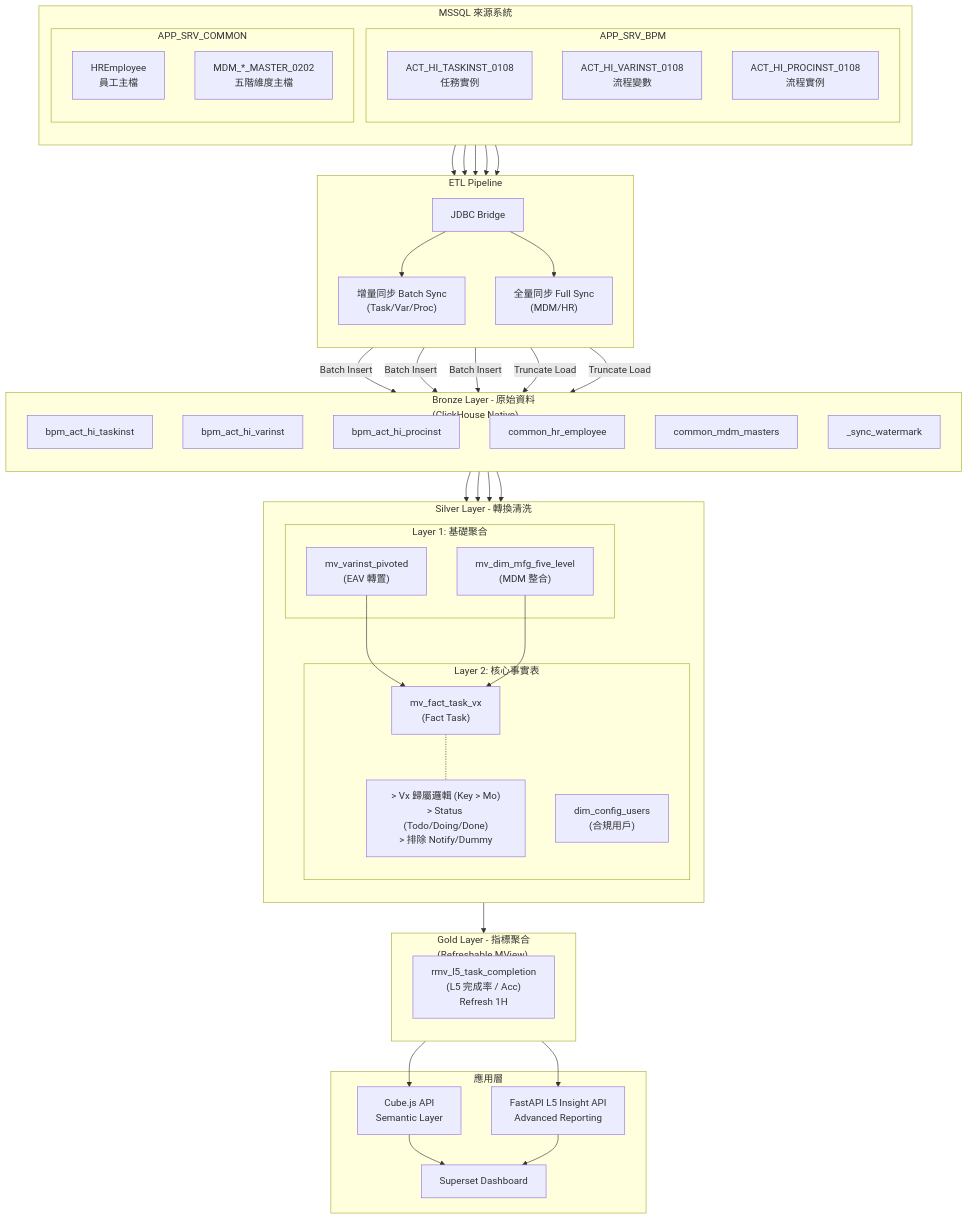
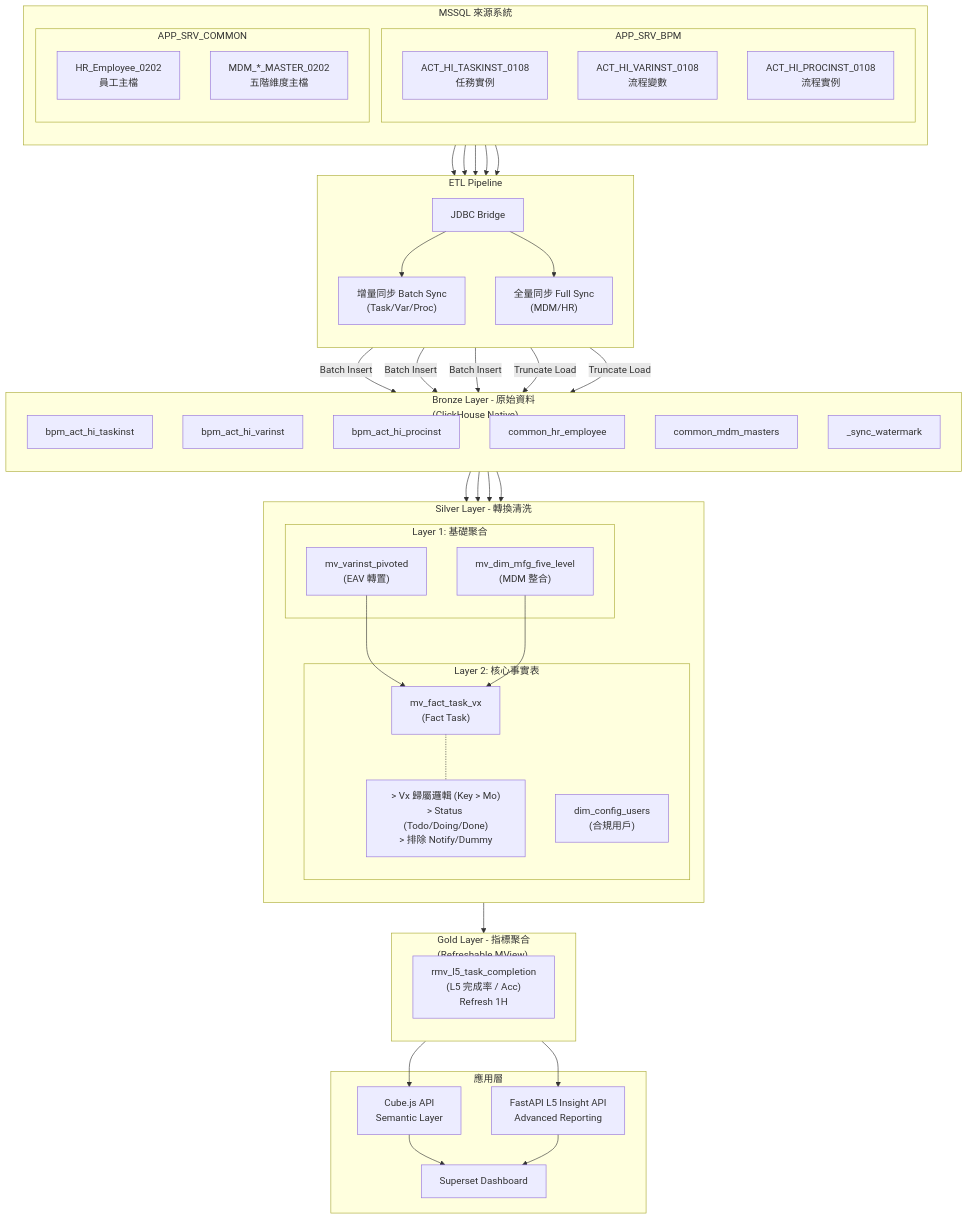
Before and after one commit to Han-lai/dmp_flowable_etl: the first of 2 diagrams in PROJECT_AUDIT_REPORT.md, drawn with Mermaid. The commit also changed other lines of this file and 6 other files, not shown here.

```diff
--- a/PROJECT_AUDIT_REPORT.md
+++ b/PROJECT_AUDIT_REPORT.md
@@ -33,7 +33,7 @@
         end
         
         subgraph DB_Common [APP_SRV_COMMON]
-            MDM_Emp["HREmployee<br>員工主檔"]
+            MDM_Emp["HR_Employee_0202<br>員工主檔"]
             MDM_Masters["MDM_*_MASTER_0202<br>五階維度主檔"]
         end
     end
```
